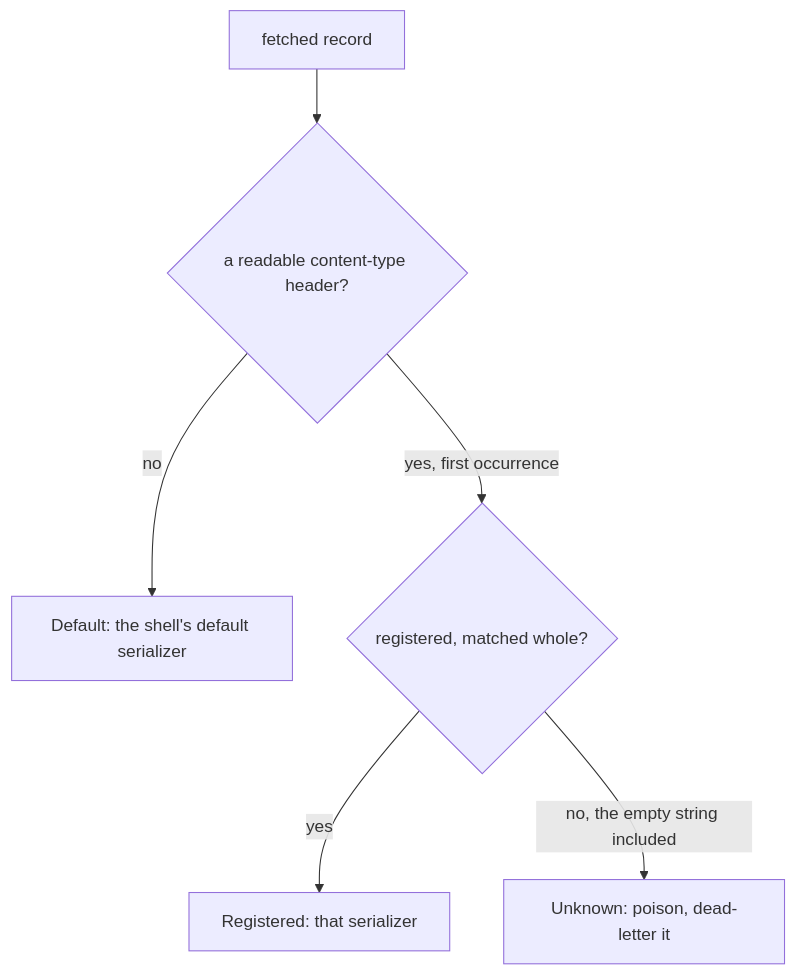
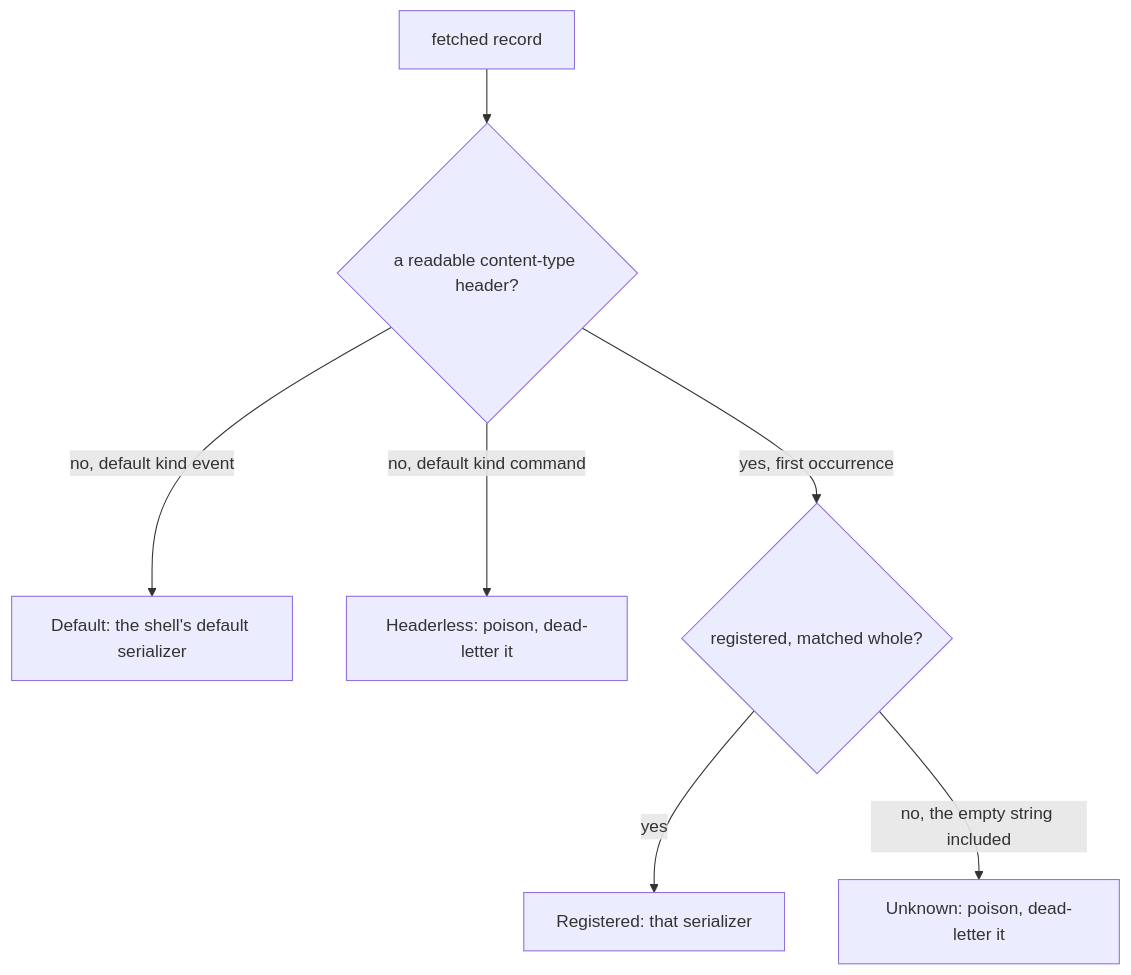
One commit to haskian/edax changed the first of 2 diagrams in docs/kernels/kafka.md. Above: the diagram before and after it, drawn with Mermaid. The commit also changed other lines of this file and 175 other files, not shown here.

````diff
--- a/docs/kernels/kafka.md
+++ b/docs/kernels/kafka.md
@@ -104,8 +113,9 @@
 ```mermaid
 flowchart TB
   R["fetched record"] --> C{"a readable content-type header?"}
-  C -->|"no"| D["Default: the shell's default serializer"]
+  C -->|"no, default kind event"| D["Default: the shell's default serializer"]
+  C -->|"no, default kind command"| H["Headerless: poison, dead-letter it"]
   C -->|"yes, first occurrence"| K{"registered, matched whole?"}
   K -->|"yes"| F["Registered: that serializer"]
   K -->|"no, the empty string included"| E["Unknown: poison, dead-letter it"]
 ```
````
